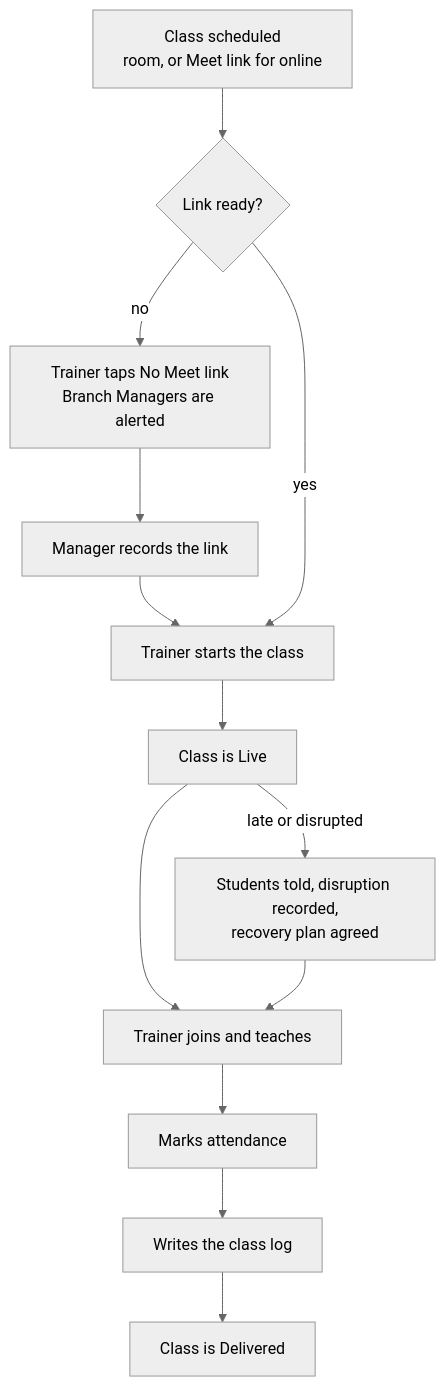
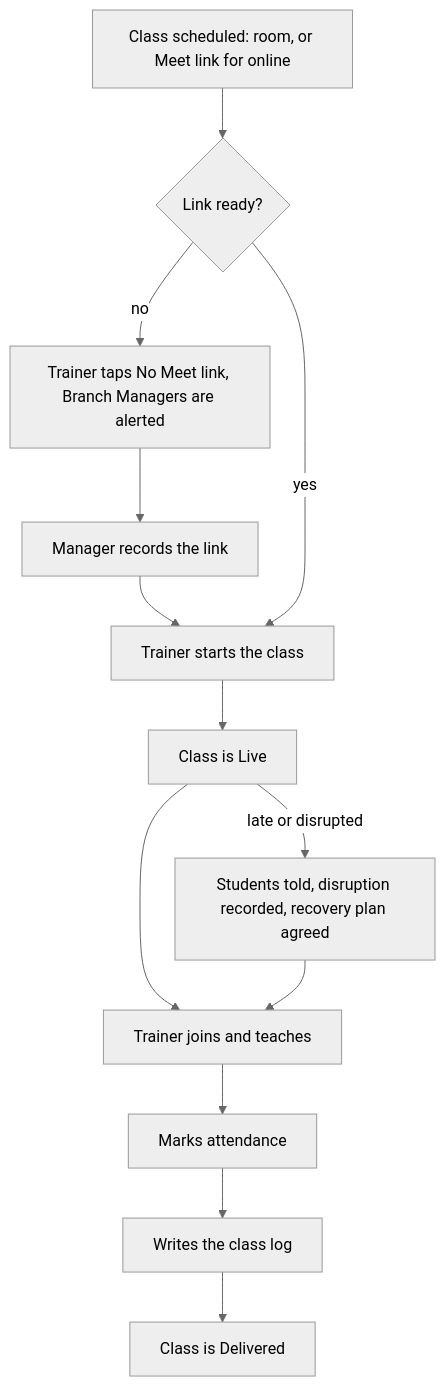
Before and after one commit to misterpk-18/nipunalms: the seventh of 17 diagrams in docs/PRODUCT_GUIDE.md, drawn with Mermaid (neutral theme). The commit also changed other lines of this file, not shown here.

Commit message:
Product guide: simpler Mermaid syntax, taller layouts, assignment and test charts split

````diff
--- a/docs/PRODUCT_GUIDE.md
+++ b/docs/PRODUCT_GUIDE.md
@@ -154,15 +155,15 @@
 ```mermaid
 flowchart TD
-    A["Class scheduled<br/>room, or Meet link for online"] --> B{"Link ready?"}
-    B -->|"no"| B1["Trainer taps No Meet link<br/>Branch Managers are alerted"]
+    A["Class scheduled: room, or Meet link for online"] --> B{"Link ready?"}
+    B -->|"no"| B1["Trainer taps No Meet link, Branch Managers are alerted"]
     B1 --> B2["Manager records the link"]
     B2 --> C
     B -->|"yes"| C["Trainer starts the class"]
     C --> D["Class is Live"]
     D --> E["Trainer joins and teaches"]
     E --> F["Marks attendance"]
     F --> G["Writes the class log"]
     G --> H["Class is Delivered"]
-    D -->|"late or disrupted"| I["Students told, disruption recorded,<br/>recovery plan agreed"]
+    D -->|"late or disrupted"| I["Students told, disruption recorded, recovery plan agreed"]
     I --> E
 ```
````
